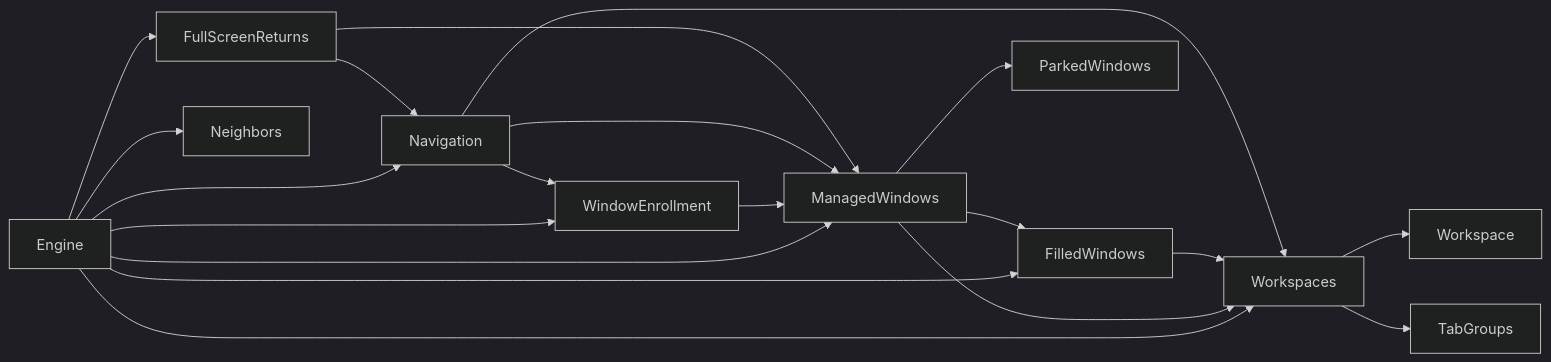
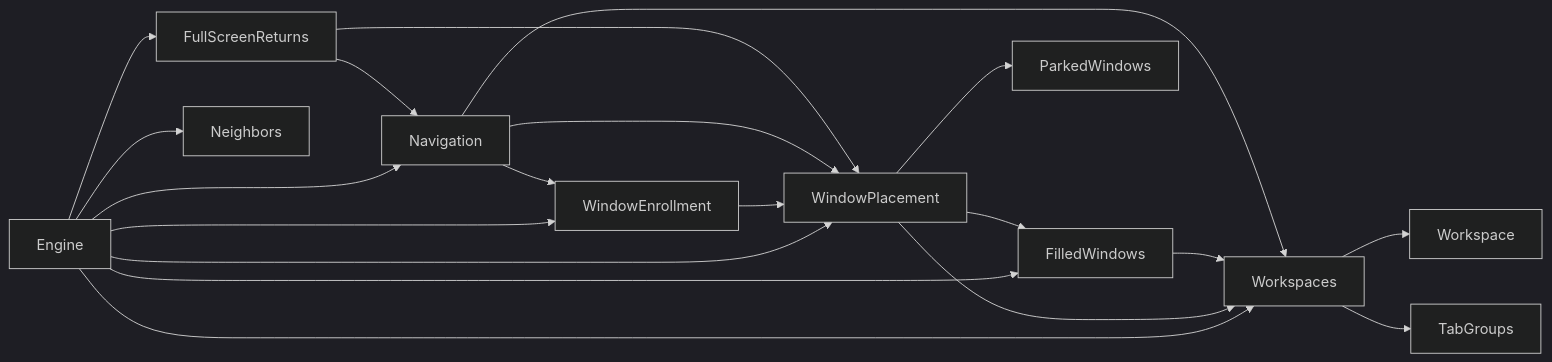
Before and after one commit to brennovich/ottowm: the fourth of 19 diagrams in ARCHITECTURE.md, drawn with Mermaid (dark theme). The commit also changed other lines of this file and 11 other files, not shown here.

First line of the commit message:
Rename ManagedWindows to WindowPlacement

````diff
--- a/ARCHITECTURE.md
+++ b/ARCHITECTURE.md
@@ -126,22 +126,22 @@
 ```mermaid
 flowchart LR
-    Engine --> ManagedWindows
+    Engine --> WindowPlacement
     Engine --> WindowEnrollment
     Engine --> Navigation
     Engine --> FullScreenReturns
     Engine --> Workspaces
     Engine --> Neighbors
     Engine --> FilledWindows
-    WindowEnrollment --> ManagedWindows
+    WindowEnrollment --> WindowPlacement
     Navigation --> WindowEnrollment
-    Navigation --> ManagedWindows
+    Navigation --> WindowPlacement
     FullScreenReturns --> Navigation
-    FullScreenReturns --> ManagedWindows
-    ManagedWindows --> Workspaces
-    ManagedWindows --> ParkedWindows
-    ManagedWindows --> FilledWindows
+    FullScreenReturns --> WindowPlacement
+    WindowPlacement --> Workspaces
+    WindowPlacement --> ParkedWindows
+    WindowPlacement --> FilledWindows
     FilledWindows --> Workspaces
     Navigation --> Workspaces
     Workspaces --> Workspace
     Workspaces --> TabGroups
 ```
````
